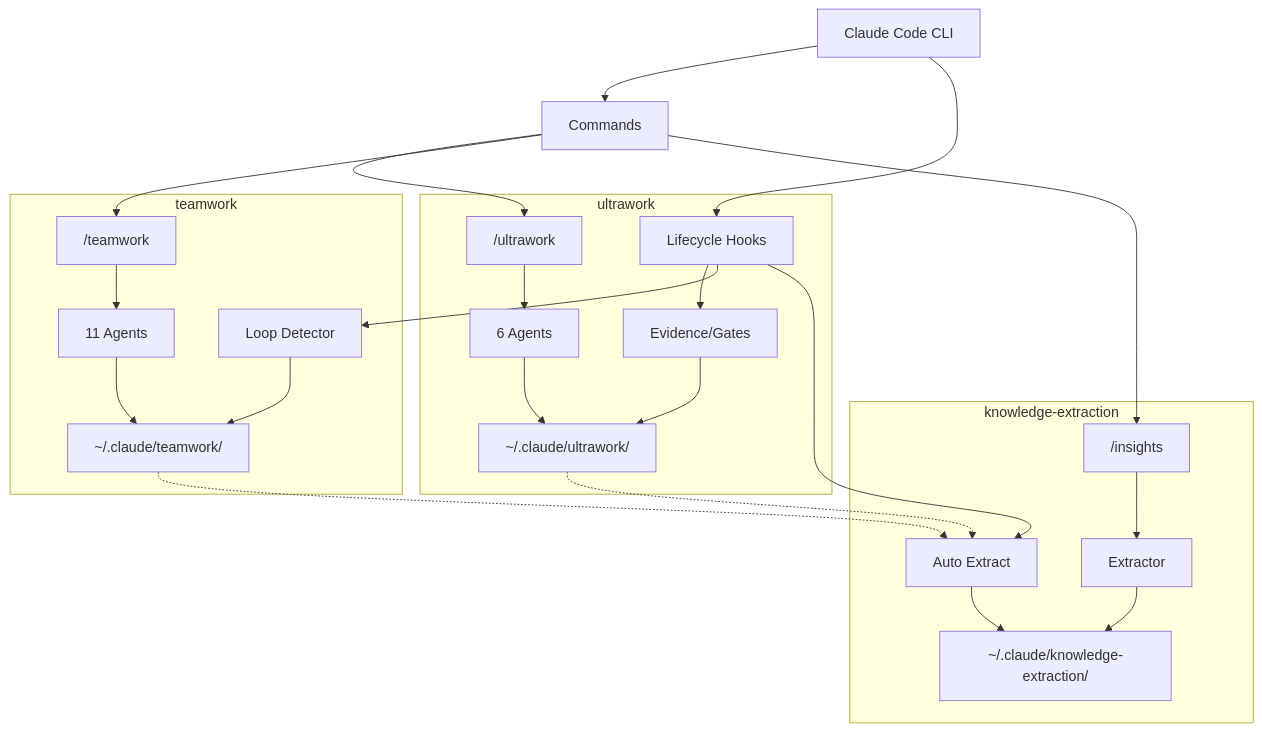
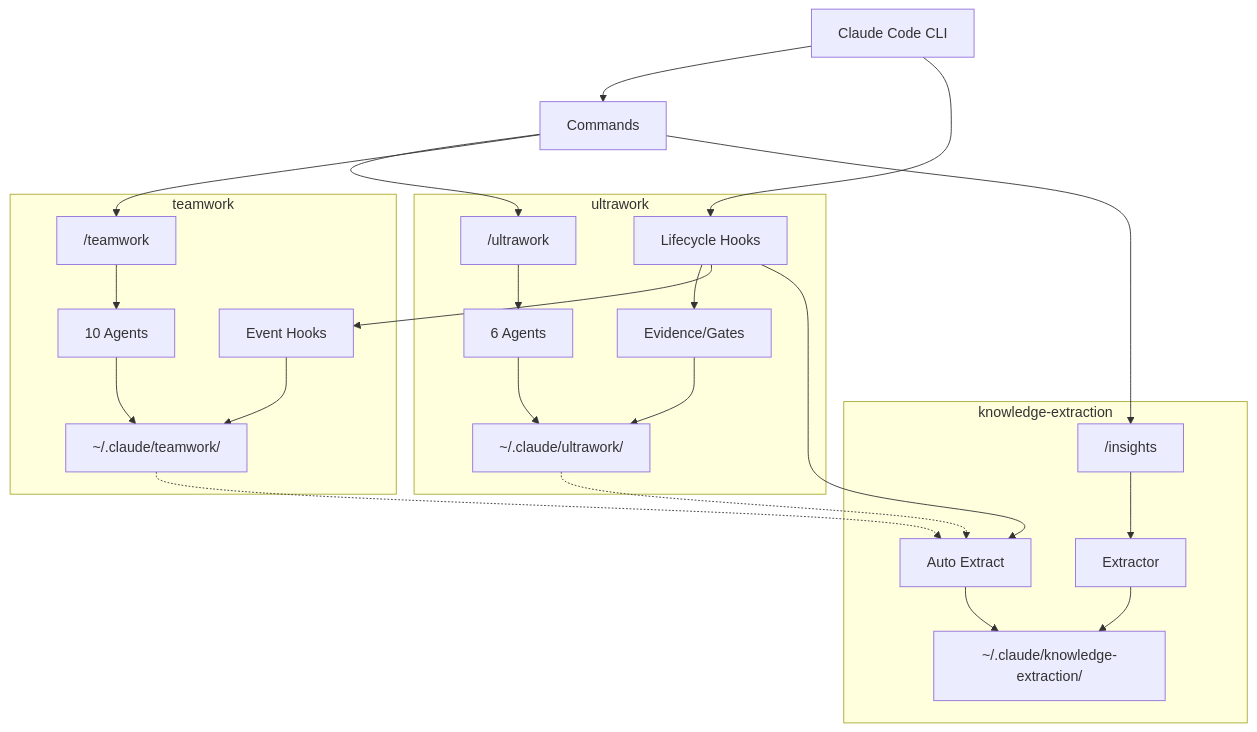
Before and after one commit to mnthe/hardworker-marketplace: the diagram in README.md, drawn with Mermaid. The commit also changed other lines of this file and 3 other files, not shown here.

````diff
--- a/README.md
+++ b/README.md
@@ -134,33 +132,33 @@
 ```mermaid
 flowchart TD
     CLI[Claude Code CLI] --> Commands
     CLI --> Hooks[Lifecycle Hooks]
 
     subgraph ultrawork
         UW_CMD["/ultrawork"] --> UW_AGENTS[6 Agents]
         UW_AGENTS --> UW_STATE["~/.claude/ultrawork/"]
         Hooks --> UW_HOOKS["Evidence/Gates"]
         UW_HOOKS --> UW_STATE
     end
 
     subgraph teamwork
-        TW_CMD["/teamwork"] --> TW_AGENTS[11 Agents]
+        TW_CMD["/teamwork"] --> TW_AGENTS[10 Agents]
         TW_AGENTS --> TW_STATE["~/.claude/teamwork/"]
-        Hooks --> TW_HOOKS[Loop Detector]
+        Hooks --> TW_HOOKS[Event Hooks]
         TW_HOOKS --> TW_STATE
     end
 
     subgraph knowledge-extraction
         KE_CMD["/insights"] --> KE_AGENT[Extractor]
         Hooks --> KE_HOOKS[Auto Extract]
         KE_HOOKS --> KE_STATE["~/.claude/knowledge-extraction/"]
         KE_AGENT --> KE_STATE
     end
 
     Commands --> UW_CMD
     Commands --> TW_CMD
     Commands --> KE_CMD
 
     UW_STATE -.-> KE_HOOKS
     TW_STATE -.-> KE_HOOKS
 ```
````
